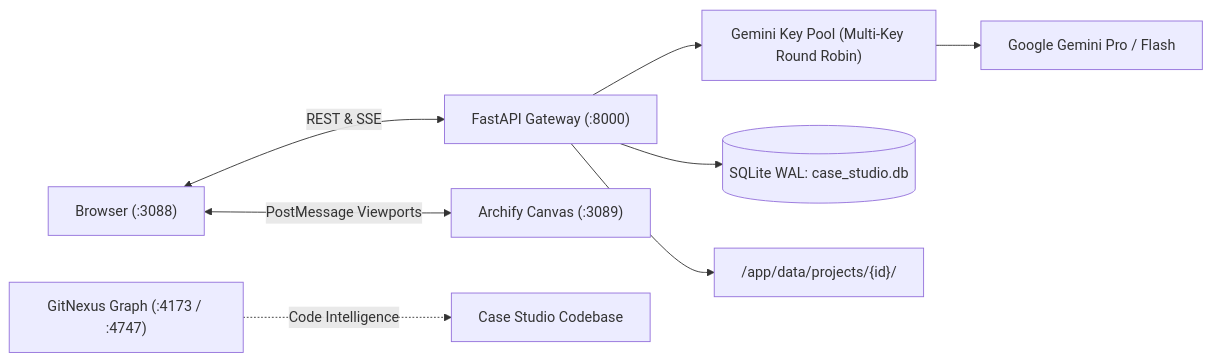
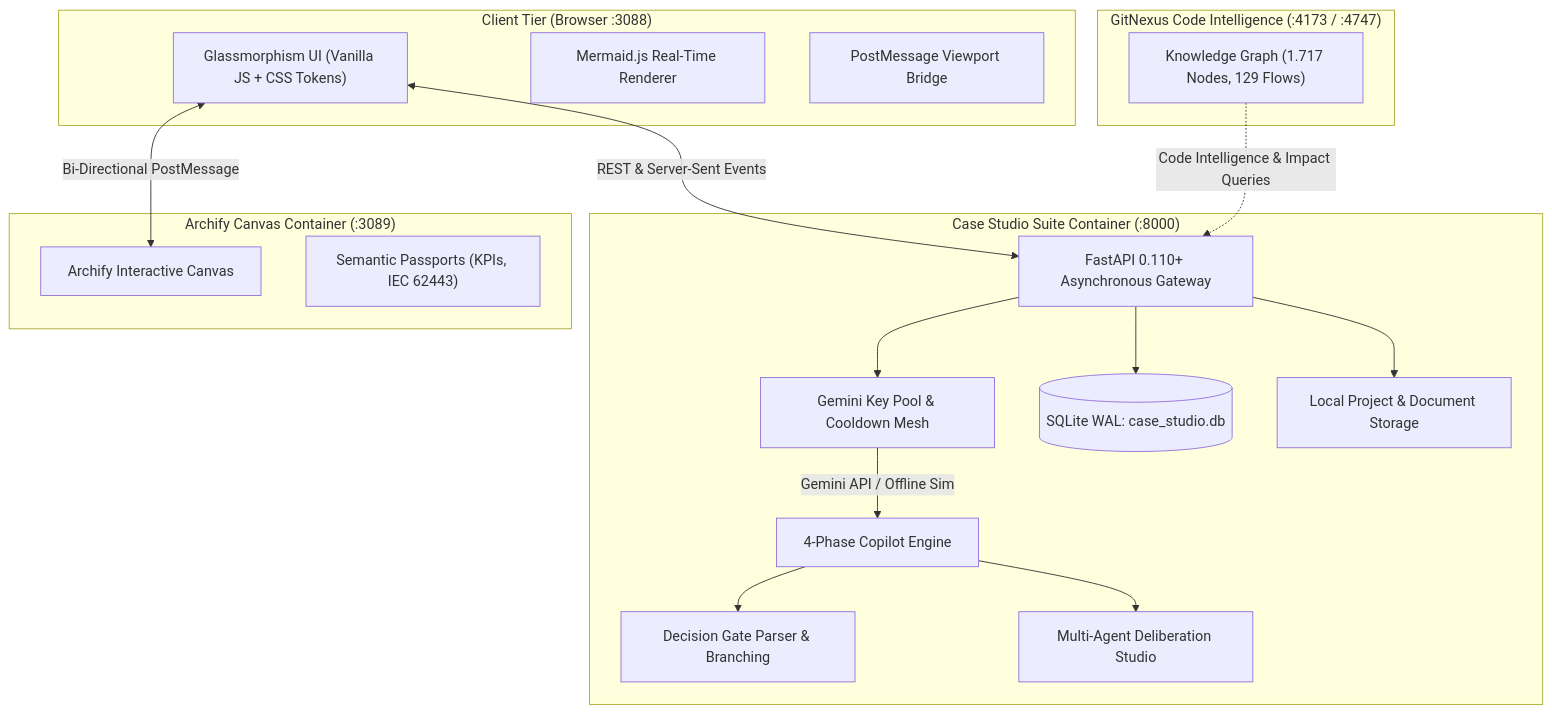
One commit to WizardofTryout/case-studio-suite changed the diagram in README.md. Above: the diagram before and after it, drawn with Mermaid. The commit also changed other lines of this file and 4 other files, not shown here.

````diff
--- a/README.md
+++ b/README.md
@@ -46,10 +54,37 @@
 ```mermaid
-flowchart LR
-    Client["Browser (:3088)"] <-->|REST & SSE| FastAPI["FastAPI Gateway (:8000)"]
-    Client <-->|PostMessage Viewports| ArchifyIframe["Archify Canvas (:3089)"]
-    FastAPI --> GeminiPool["Gemini Key Pool (Multi-Key Round Robin)"]
-    GeminiPool --> GeminiAPI["Google Gemini Pro / Flash"]
-    FastAPI --> DB[(SQLite WAL: case_studio.db)]
-    FastAPI --> Storage["/app/data/projects/{id}/"]
-    GitNexus["GitNexus Graph (:4173 / :4747)"] -.->|Code Intelligence| Codebase["Case Studio Codebase"]
+flowchart TD
+    subgraph UI ["Client Tier (Browser :3088)"]
+        SPA["Glassmorphism UI (Vanilla JS + CSS Tokens)"]
+        Mermaid["Mermaid.js Real-Time Renderer"]
+        IframeBridge["PostMessage Viewport Bridge"]
+    end
+
+    subgraph Core ["Case Studio Suite Container (:8000)"]
+        FastAPI["FastAPI 0.110+ Asynchronous Gateway"]
+        Copilot["4-Phase Copilot Engine"]
+        GateEngine["Decision Gate Parser & Branching"]
+        Deliberation["Multi-Agent Deliberation Studio"]
+        KeyPool["Gemini Key Pool & Cooldown Mesh"]
+        SQLite[("SQLite WAL: case_studio.db")]
+        DMSStorage["Local Project & Document Storage"]
+    end
+
+    subgraph Sidecar ["Archify Canvas Container (:3089)"]
+        ArchifyEngine["Archify Interactive Canvas"]
+        SemanticPassports["Semantic Passports (KPIs, IEC 62443)"]
+    end
+
+    subgraph Intelligence ["GitNexus Code Intelligence (:4173 / :4747)"]
+        GitNexusGraph["Knowledge Graph (1.717 Nodes, 129 Flows)"]
+    end
+
+    SPA <-->|REST & Server-Sent Events| FastAPI
+    SPA <-->|Bi-Directional PostMessage| ArchifyEngine
+    FastAPI --> KeyPool
+    KeyPool -->|Gemini API / Offline Sim| Copilot
+    Copilot --> GateEngine
+    Copilot --> Deliberation
+    FastAPI --> SQLite
+    FastAPI --> DMSStorage
+    GitNexusGraph -.->|Code Intelligence & Impact Queries| FastAPI
 ```
````
